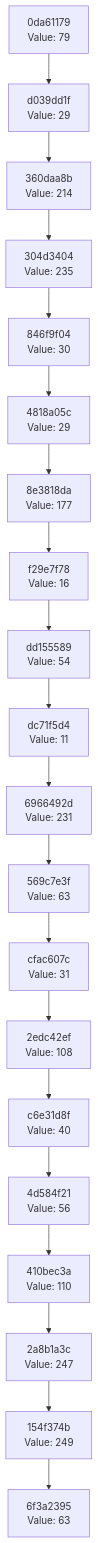
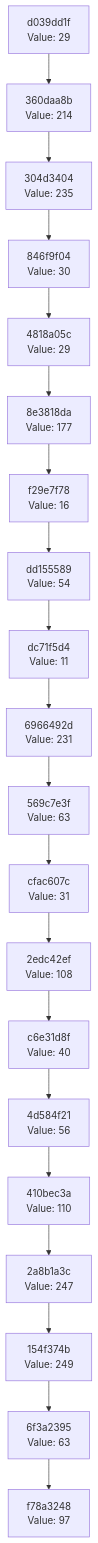
One commit to Abhisheksinha1506/hash-chain-evolver changed the diagram in docs/CHAIN_VISUALIZATION.md. Above: the diagram before and after it, drawn with Mermaid. The commit also changed 2 other files, not shown here.

Commit message:
Evolution Step

````diff
--- a/docs/CHAIN_VISUALIZATION.md
+++ b/docs/CHAIN_VISUALIZATION.md
@@ -3,42 +3,42 @@
 ```mermaid
 graph TD
-    C0["6f3a2395<br/>Value: 63"]
-    C1["154f374b<br/>Value: 249"]
+    C0["f78a3248<br/>Value: 97"]
+    C1["6f3a2395<br/>Value: 63"]
     C1 --> C0
-    C2["2a8b1a3c<br/>Value: 247"]
+    C2["154f374b<br/>Value: 249"]
     C2 --> C1
-    C3["410bec3a<br/>Value: 110"]
+    C3["2a8b1a3c<br/>Value: 247"]
     C3 --> C2
-    C4["4d584f21<br/>Value: 56"]
+    C4["410bec3a<br/>Value: 110"]
     C4 --> C3
-    C5["c6e31d8f<br/>Value: 40"]
+    C5["4d584f21<br/>Value: 56"]
     C5 --> C4
-    C6["2edc42ef<br/>Value: 108"]
+    C6["c6e31d8f<br/>Value: 40"]
     C6 --> C5
-    C7["cfac607c<br/>Value: 31"]
+    C7["2edc42ef<br/>Value: 108"]
     C7 --> C6
-    C8["569c7e3f<br/>Value: 63"]
+    C8["cfac607c<br/>Value: 31"]
     C8 --> C7
-    C9["6966492d<br/>Value: 231"]
+    C9["569c7e3f<br/>Value: 63"]
     C9 --> C8
-    C10["dc71f5d4<br/>Value: 11"]
+    C10["6966492d<br/>Value: 231"]
     C10 --> C9
-    C11["dd155589<br/>Value: 54"]
+    C11["dc71f5d4<br/>Value: 11"]
     C11 --> C10
-    C12["f29e7f78<br/>Value: 16"]
+    C12["dd155589<br/>Value: 54"]
     C12 --> C11
-    C13["8e3818da<br/>Value: 177"]
+    C13["f29e7f78<br/>Value: 16"]
     C13 --> C12
-    C14["4818a05c<br/>Value: 29"]
+    C14["8e3818da<br/>Value: 177"]
     C14 --> C13
-    C15["846f9f04<br/>Value: 30"]
+    C15["4818a05c<br/>Value: 29"]
     C15 --> C14
-    C16["304d3404<br/>Value: 235"]
+    C16["846f9f04<br/>Value: 30"]
     C16 --> C15
-    C17["360daa8b<br/>Value: 214"]
+    C17["304d3404<br/>Value: 235"]
     C17 --> C16
-    C18["d039dd1f<br/>Value: 29"]
+    C18["360daa8b<br/>Value: 214"]
     C18 --> C17
-    C19["0da61179<br/>Value: 79"]
+    C19["d039dd1f<br/>Value: 29"]
     C19 --> C18
 ```
````
